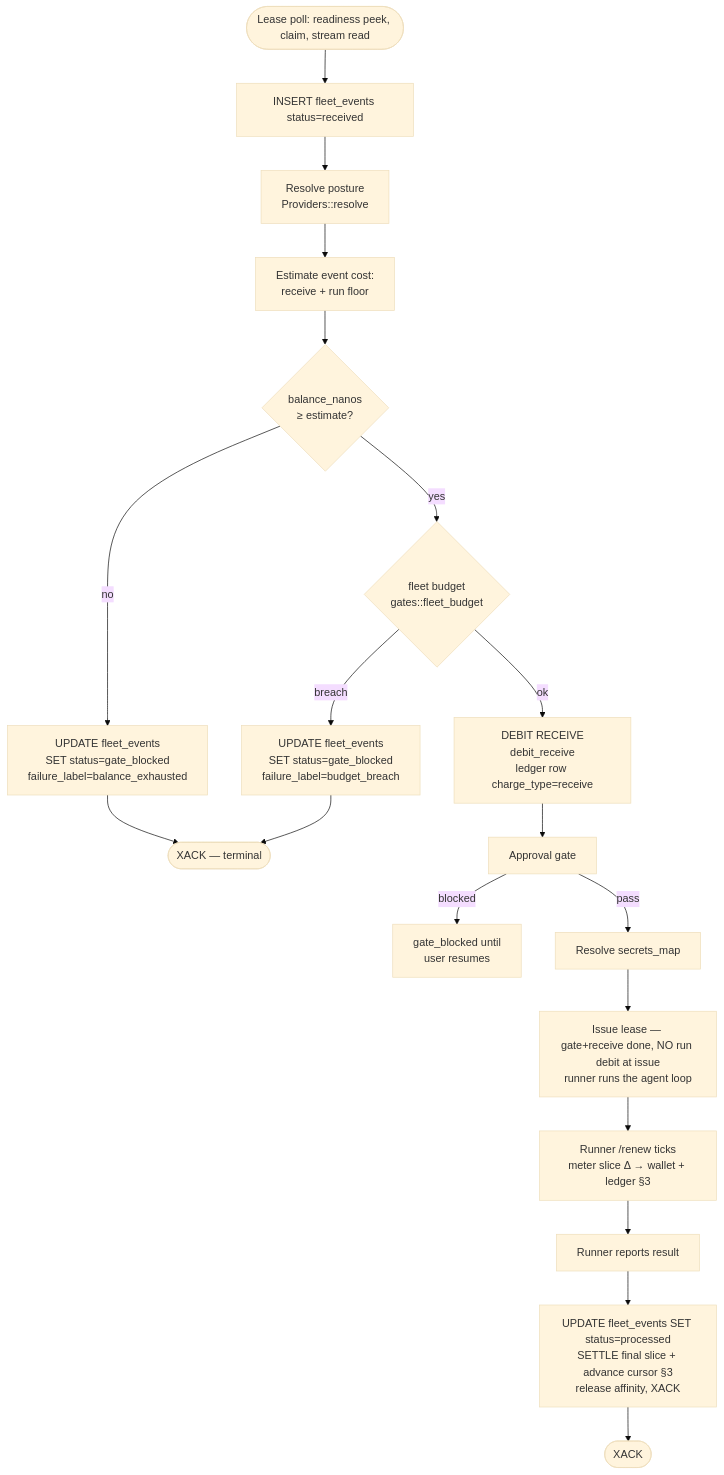
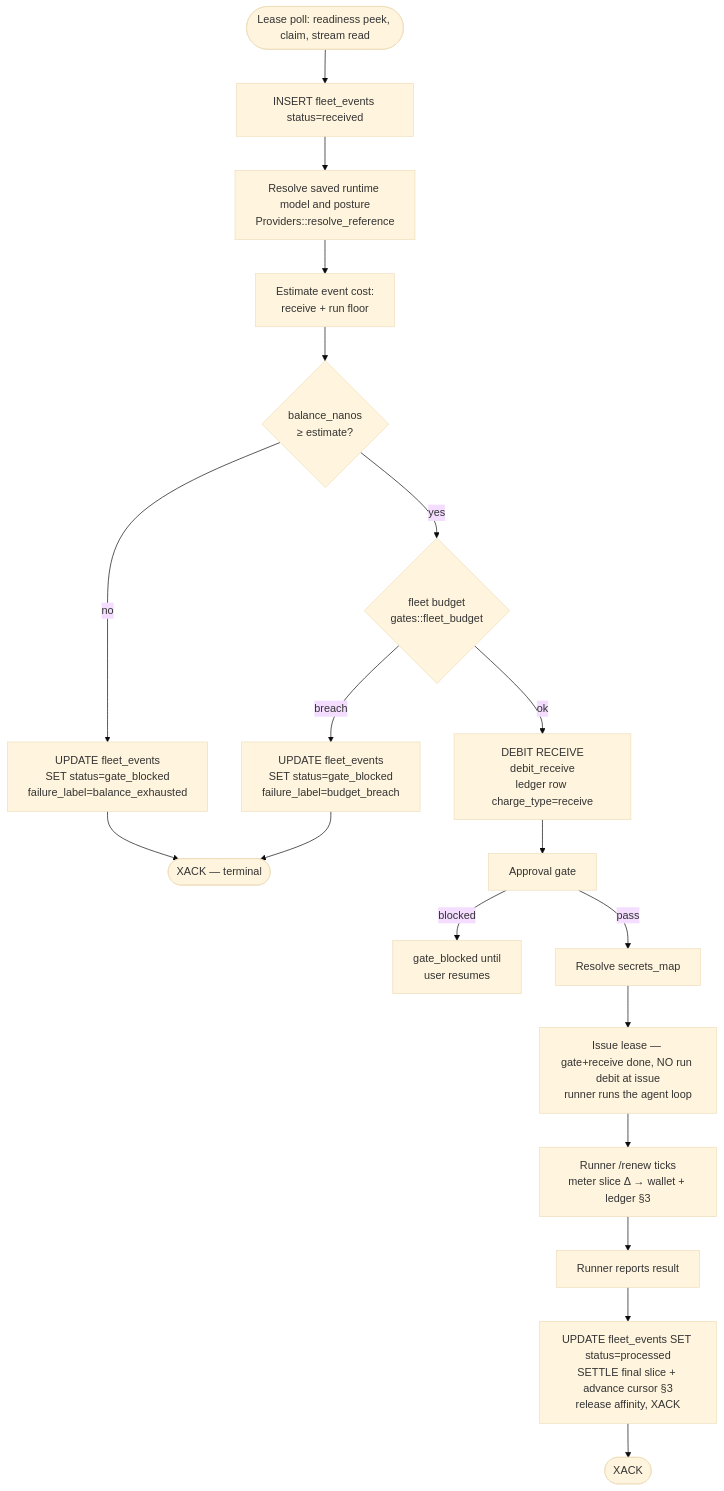
One commit to agentsfleet/agentsfleet changed the diagram in docs/architecture/billing_and_provider_keys.md. Above: the diagram before and after it, drawn with Mermaid (base theme). The commit also changed other lines of this file and 23 other files, not shown here.

````diff
--- a/docs/architecture/billing_and_provider_keys.md
+++ b/docs/architecture/billing_and_provider_keys.md
@@ -323,21 +323,21 @@
 ```mermaid
 flowchart TD
     A([Lease poll: readiness peek, claim, stream read]) --> B[INSERT fleet_events status=received]
-    B --> C[Resolve posture<br/>Providers::resolve]
+    B --> C[Resolve saved runtime model and posture<br/>Providers::resolve_reference]
     C --> D[Estimate event cost:<br/>receive + run floor]
     D --> E{balance_nanos<br/>≥ estimate?}
     E -->|no| Block[UPDATE fleet_events<br/>SET status=gate_blocked<br/>failure_label=balance_exhausted]
     Block --> X1([XACK — terminal])
     E -->|yes| BG{fleet budget<br/>gates::fleet_budget}
     BG -->|breach| BB[UPDATE fleet_events<br/>SET status=gate_blocked<br/>failure_label=budget_breach]
     BB --> X1
     BG -->|ok| F[DEBIT RECEIVE<br/>debit_receive<br/>ledger row charge_type=receive]
     F --> G[Approval gate]
     G -->|blocked| Wait[gate_blocked until<br/>user resumes]
     G -->|pass| H[Resolve secrets_map]
     H --> J[Issue lease — gate+receive done, NO run debit at issue<br/>runner runs the agent loop]
     J --> Renew[Runner /renew ticks<br/>meter slice Δ → wallet + ledger §3]
     Renew --> K[Runner reports result]
     K --> L[UPDATE fleet_events SET status=processed<br/>SETTLE final slice + advance cursor §3<br/>release affinity, XACK]
     L --> X2([XACK])
 ```
````
